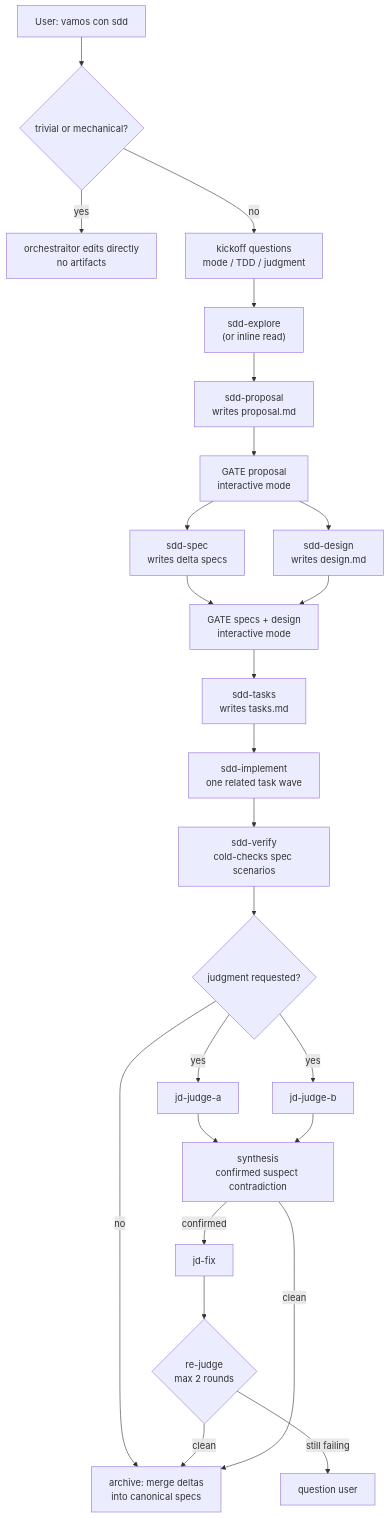
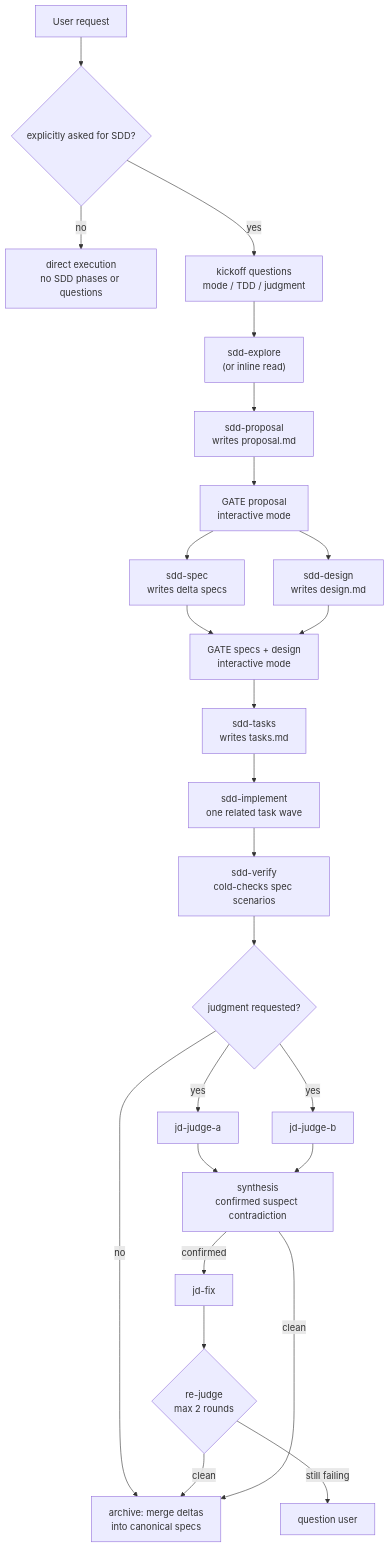
One commit to andresnator/agents-orchestrator changed the second of 6 diagrams in docs/harness-flow-map.md. Above: the diagram before and after it, drawn with Mermaid. The commit also changed other lines of this file and 7 other files, not shown here.

Commit message:
Refactor SDD domain structure: consolidate harness into orchestraitor, update documentation, and remove obsolete migration files

````diff
--- a/docs/harness-flow-map.md
+++ b/docs/harness-flow-map.md
@@ -109,28 +109,28 @@
 ```mermaid
 flowchart TD
-  Request["User: vamos con sdd"] --> Trivial{"trivial or mechanical?"}
-  Trivial -->|yes| Direct["orchestraitor edits directly<br/>no artifacts"]
-  Trivial -->|no| Kickoff["kickoff questions<br/>mode / TDD / judgment"]
+  Request["User request"] --> ExplicitSDD{"explicitly asked for SDD?"}
+  ExplicitSDD -->|no| Direct["direct execution<br/>no SDD phases or questions"]
+  ExplicitSDD -->|yes| Kickoff["kickoff questions<br/>mode / TDD / judgment"]
 
   Kickoff --> Explore["sdd-explore<br/>(or inline read)"]
   Explore --> Proposal["sdd-proposal<br/>writes proposal.md"]
   Proposal --> ProposalGate["GATE proposal<br/>interactive mode"]
   ProposalGate --> Spec["sdd-spec<br/>writes delta specs"]
   ProposalGate --> Design["sdd-design<br/>writes design.md"]
   Spec --> PlanGate["GATE specs + design<br/>interactive mode"]
   Design --> PlanGate
   PlanGate --> Tasks["sdd-tasks<br/>writes tasks.md"]
   Tasks --> Implement["sdd-implement<br/>one related task wave"]
   Implement --> Verify["sdd-verify<br/>cold-checks spec scenarios"]
   Verify --> JudgmentRoute{"judgment requested?"}
   JudgmentRoute -->|no| Archive["archive: merge deltas<br/>into canonical specs"]
   JudgmentRoute -->|yes| JDA2["jd-judge-a"]
   JudgmentRoute -->|yes| JDB2["jd-judge-b"]
   JDA2 --> Synth["synthesis<br/>confirmed suspect contradiction"]
   JDB2 --> Synth
   Synth -->|confirmed| Fix["jd-fix"]
   Fix --> Rejudge{"re-judge<br/>max 2 rounds"}
   Rejudge -->|still failing| Escalate["question user"]
   Rejudge -->|clean| Archive
   Synth -->|clean| Archive
 ```
````
